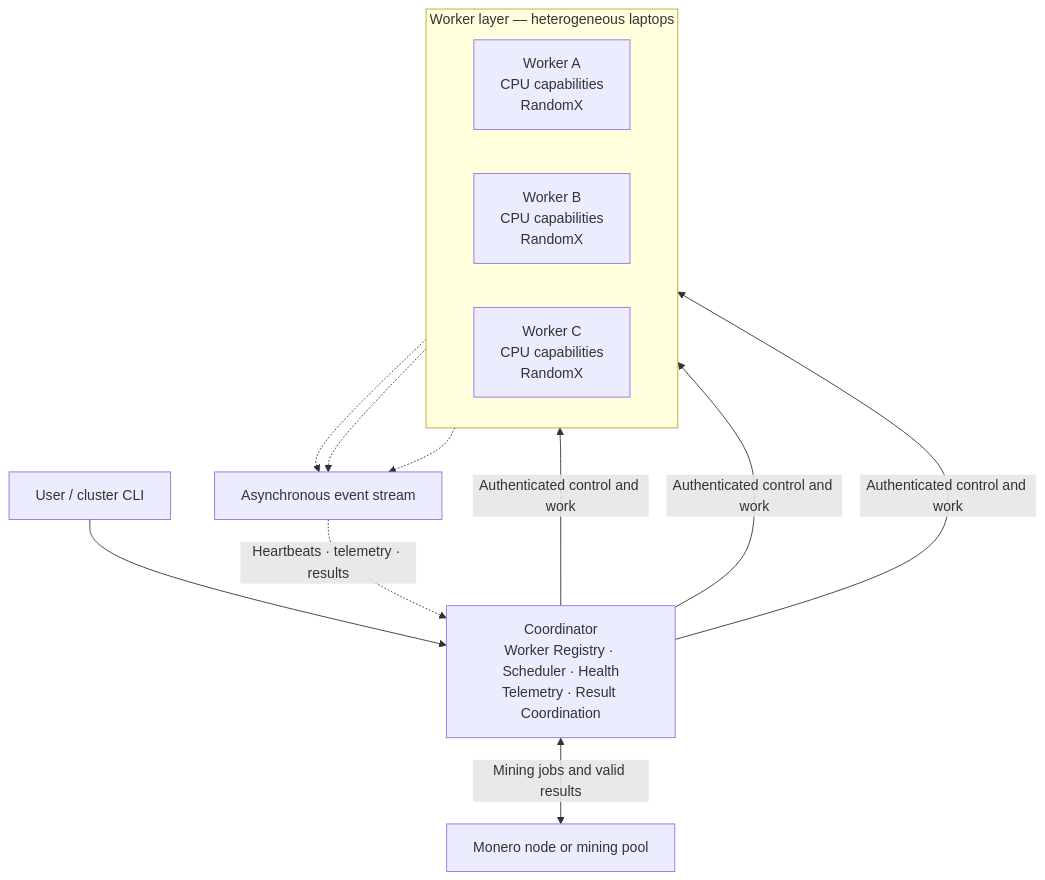
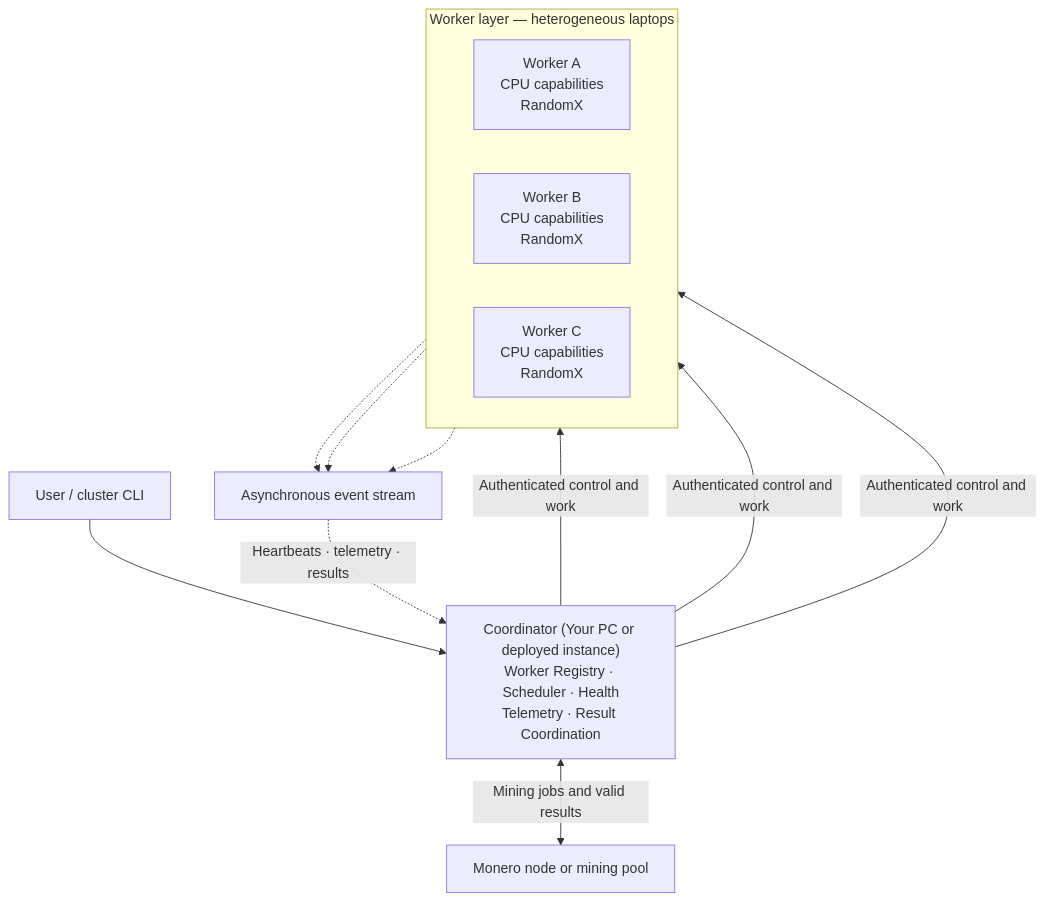
The diagram in README.md (MoustAhmed/distributed-monero), drawn with Mermaid before and after one commit.

Commit message:
Clarify coordinator description in README
Updated the description of the coordinator in the flowchart.

````diff
--- a/README.md
+++ b/README.md
@@ -30,23 +30,23 @@
 ```mermaid
 flowchart TB
-    CLI["User / cluster CLI"] --> C["Coordinator<br/>Worker Registry · Scheduler · Health<br/>Telemetry · Result Coordination"]
+    CLI["User / cluster CLI"] --> C["Coordinator (Your PC or deployed instance)<br/>Worker Registry · Scheduler · Health<br/>Telemetry · Result Coordination"]
 
     C <-->|"Mining jobs and valid results"| M["Monero node or mining pool"]
 
     subgraph Workers["Worker layer — heterogeneous laptops"]
         direction LR
         W1["Worker A<br/>CPU capabilities<br/>RandomX"]
         W2["Worker B<br/>CPU capabilities<br/>RandomX"]
         W3["Worker C<br/>CPU capabilities<br/>RandomX"]
     end
 
     C -->|"Authenticated control and work"| W1
     C -->|"Authenticated control and work"| W2
     C -->|"Authenticated control and work"| W3
 
     W1 -.-> E["Asynchronous event stream"]
     W2 -.-> E
     W3 -.-> E
 
     E -.->|"Heartbeats · telemetry · results"| C
 ```
````
